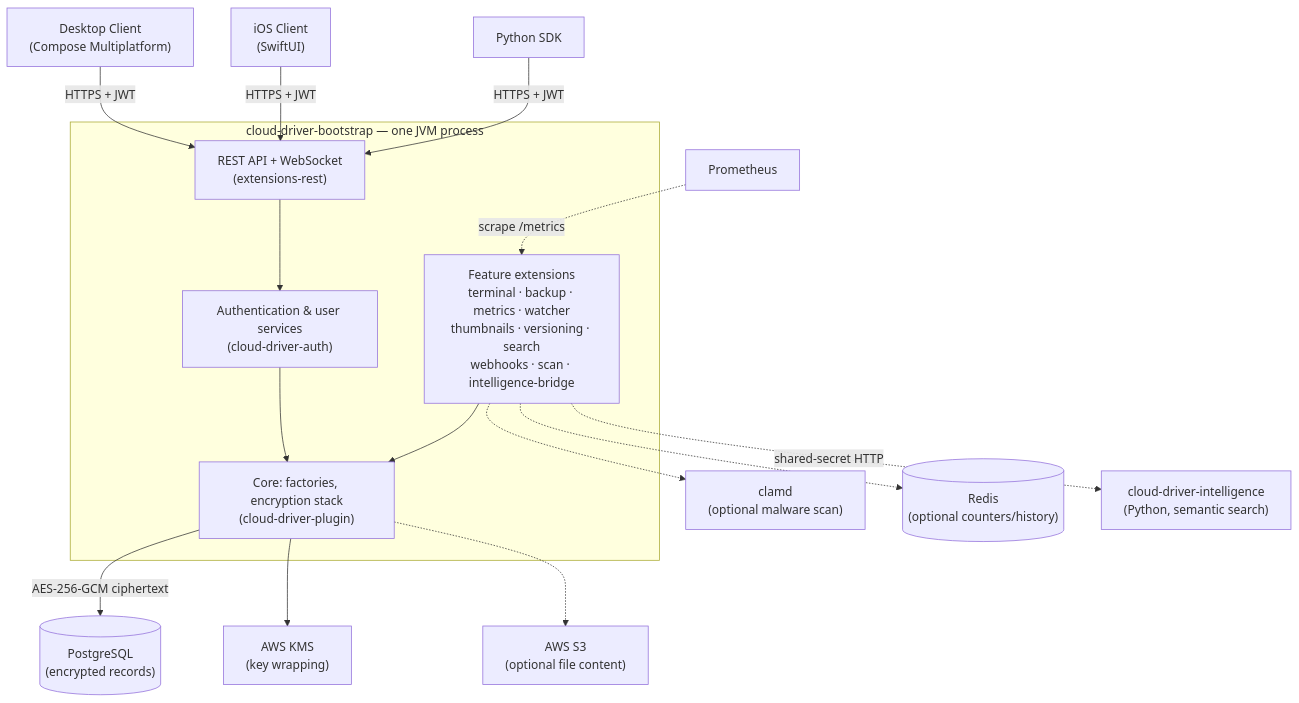
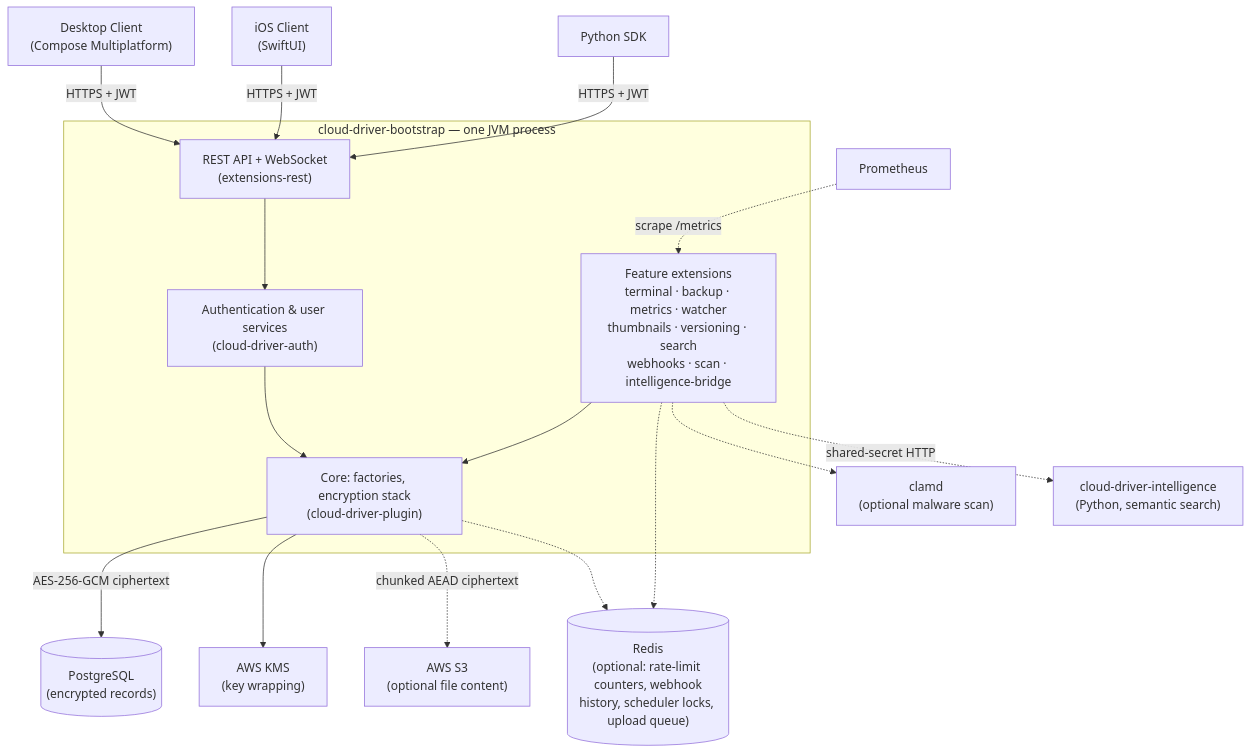
Before and after one commit to linoalessio/cloud-driver: the first of 7 diagrams in README.md, drawn with Mermaid. The commit also changed other lines of this file and 9 other files, not shown here.

````diff
--- a/README.md
+++ b/README.md
@@ -149,35 +165,36 @@
 ```mermaid
 flowchart TD
     DESKTOP["Desktop Client<br/>(Compose Multiplatform)"]
     MOBILE["iOS Client<br/>(SwiftUI)"]
     PY["Python SDK"]
 
     subgraph BACKEND["cloud-driver-bootstrap — one JVM process"]
         REST["REST API + WebSocket<br/>(extensions-rest)"]
         AUTH["Authentication & user services<br/>(cloud-driver-auth)"]
         CORE["Core: factories, encryption stack<br/>(cloud-driver-plugin)"]
         EXT["Feature extensions<br/>terminal · backup · metrics · watcher<br/>thumbnails · versioning · search<br/>webhooks · scan · intelligence-bridge"]
     end
 
     DB[("PostgreSQL<br/>(encrypted records)")]
     KMS["AWS KMS<br/>(key wrapping)"]
     S3["AWS S3<br/>(optional file content)"]
     CLAM["clamd<br/>(optional malware scan)"]
-    REDIS[("Redis<br/>(optional counters/history)")]
+    REDIS[("Redis<br/>(optional: rate-limit counters, webhook<br/>history, scheduler locks, upload queue)")]
     INTEL["cloud-driver-intelligence<br/>(Python, semantic search)"]
     PROM["Prometheus"]
 
     DESKTOP -->|HTTPS + JWT| REST
     MOBILE -->|HTTPS + JWT| REST
     PY -->|HTTPS + JWT| REST
     REST --> AUTH
     AUTH --> CORE
     EXT --> CORE
     CORE -->|AES-256-GCM ciphertext| DB
     CORE --> KMS
-    CORE -.-> S3
+    CORE -.->|chunked AEAD ciphertext| S3
     EXT -.-> CLAM
+    CORE -.-> REDIS
     EXT -.-> REDIS
     EXT -.->|shared-secret HTTP| INTEL
     PROM -.->|scrape /metrics| EXT
 ```
````
